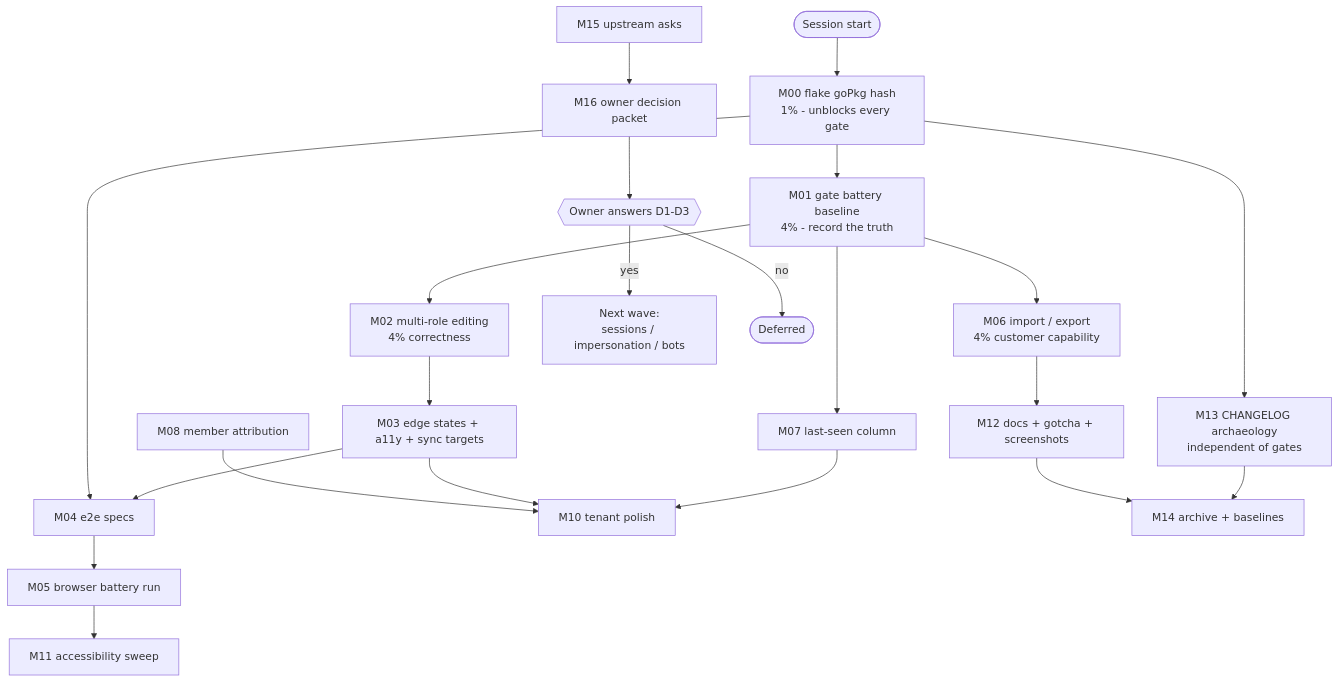
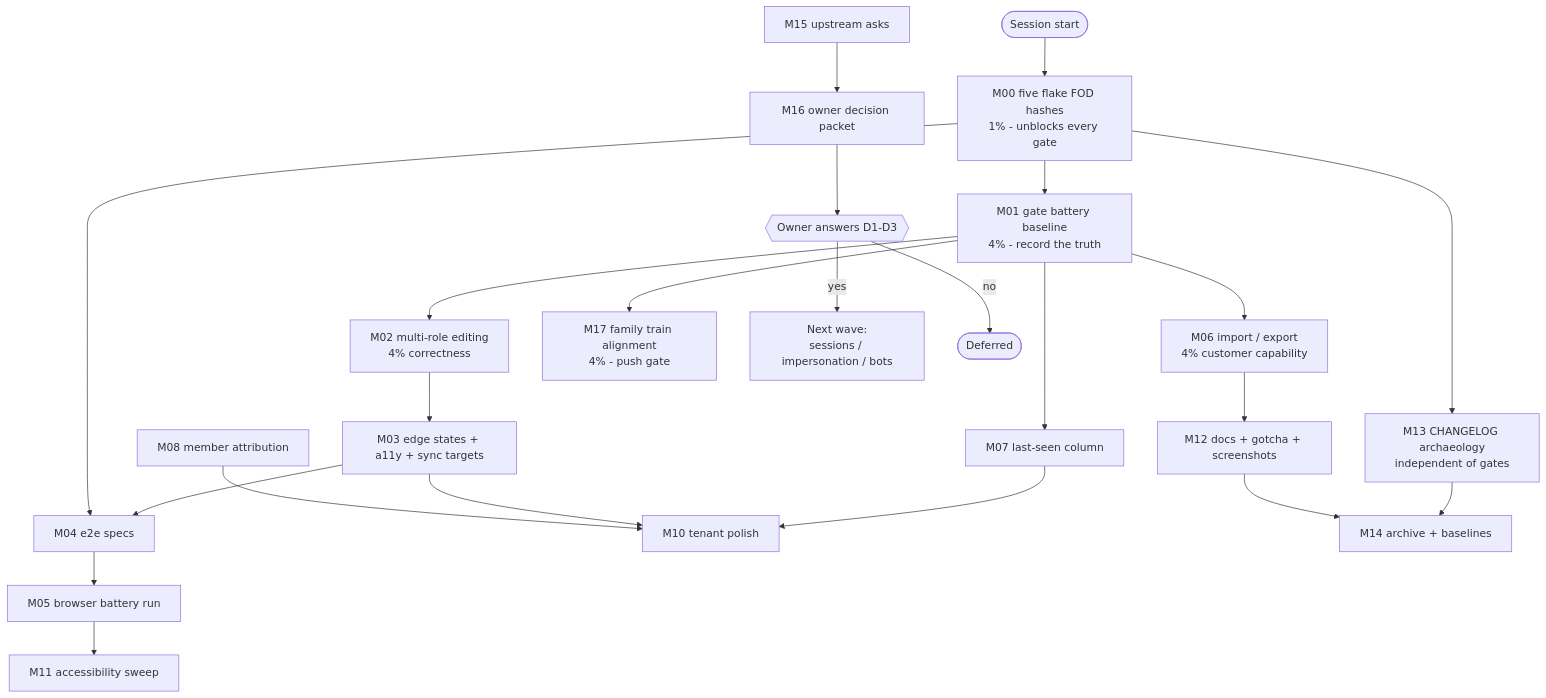
One commit to LarsArtmann/cqrs-htmx changed the diagram in docs/planning/2026-11-14_08-45_SUPERB-adminui-tenant-user-management-next-wave-pareto-plan.md. Above: the diagram before and after it, drawn with Mermaid. The commit also changed other lines of this file and 2 other files, not shown here.

````diff
--- a/docs/planning/2026-11-14_08-45_SUPERB-adminui-tenant-user-management-next-wave-pareto-plan.md
+++ b/docs/planning/2026-11-14_08-45_SUPERB-adminui-tenant-user-management-next-wave-pareto-plan.md
@@ -312,32 +327,33 @@
 ```mermaid
 flowchart TD
     Start([Session start]) --> M00
 
-    M00["M00 flake goPkg hash<br/>1% - unblocks every gate"]
+    M00["M00 five flake FOD hashes<br/>1% - unblocks every gate"]
     M00 --> M01["M01 gate battery baseline<br/>4% - record the truth"]
     M00 --> M13["M13 CHANGELOG archaeology<br/>independent of gates"]
 
     M01 --> M02["M02 multi-role editing<br/>4% correctness"]
     M01 --> M06["M06 import / export<br/>4% customer capability"]
+    M01 --> M17["M17 family train alignment<br/>4% - push gate"]
     M01 --> M07["M07 last-seen column"]
 
     M02 --> M03["M03 edge states + a11y + sync targets"]
     M03 --> M04["M04 e2e specs"]
     M00 --> M04
     M04 --> M05["M05 browser battery run"]
 
     M06 --> M12["M12 docs + gotcha + screenshots"]
     M07 --> M10["M10 tenant polish"]
     M03 --> M10
     M08["M08 member attribution"] --> M10
 
     M05 --> M11["M11 accessibility sweep"]
 
     M13 --> M14["M14 archive + baselines"]
     M12 --> M14
 
     M15["M15 upstream asks"] --> M16["M16 owner decision packet"]
     M16 --> Gate{{"Owner answers D1-D3"}}
     Gate -->|yes| Next["Next wave:<br/>sessions / impersonation / bots"]
     Gate -->|no| Stop([Deferred])
 ```
````
